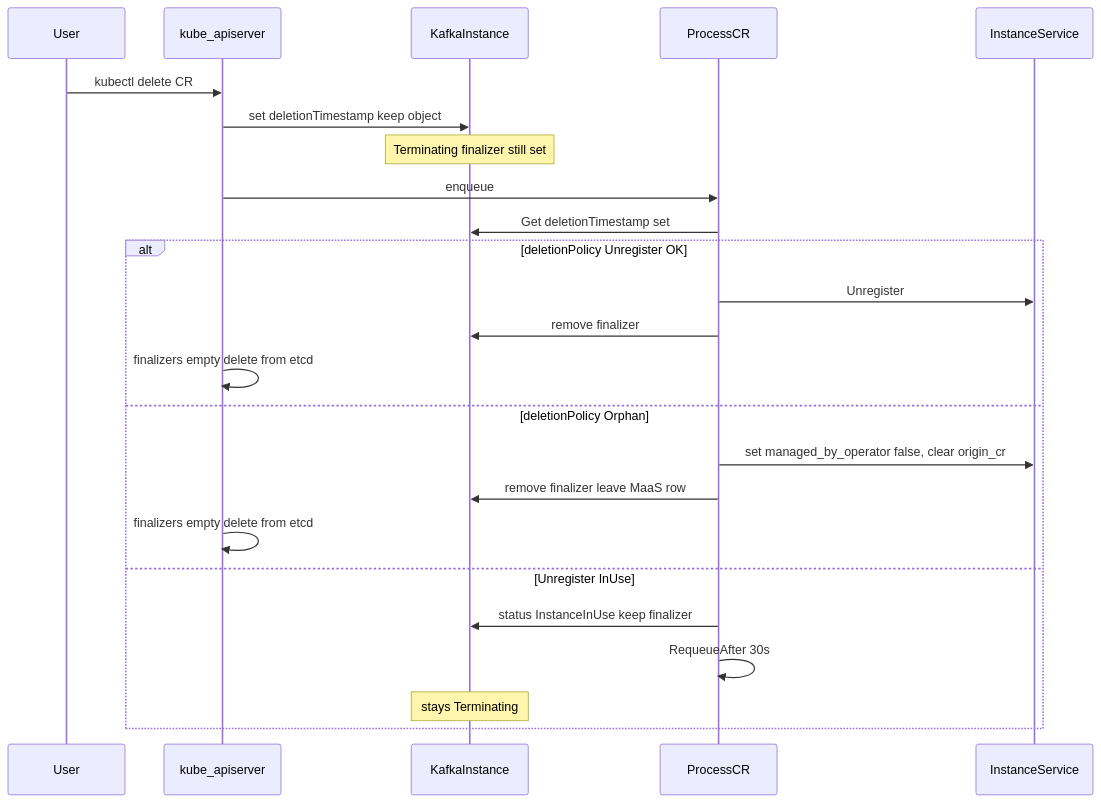
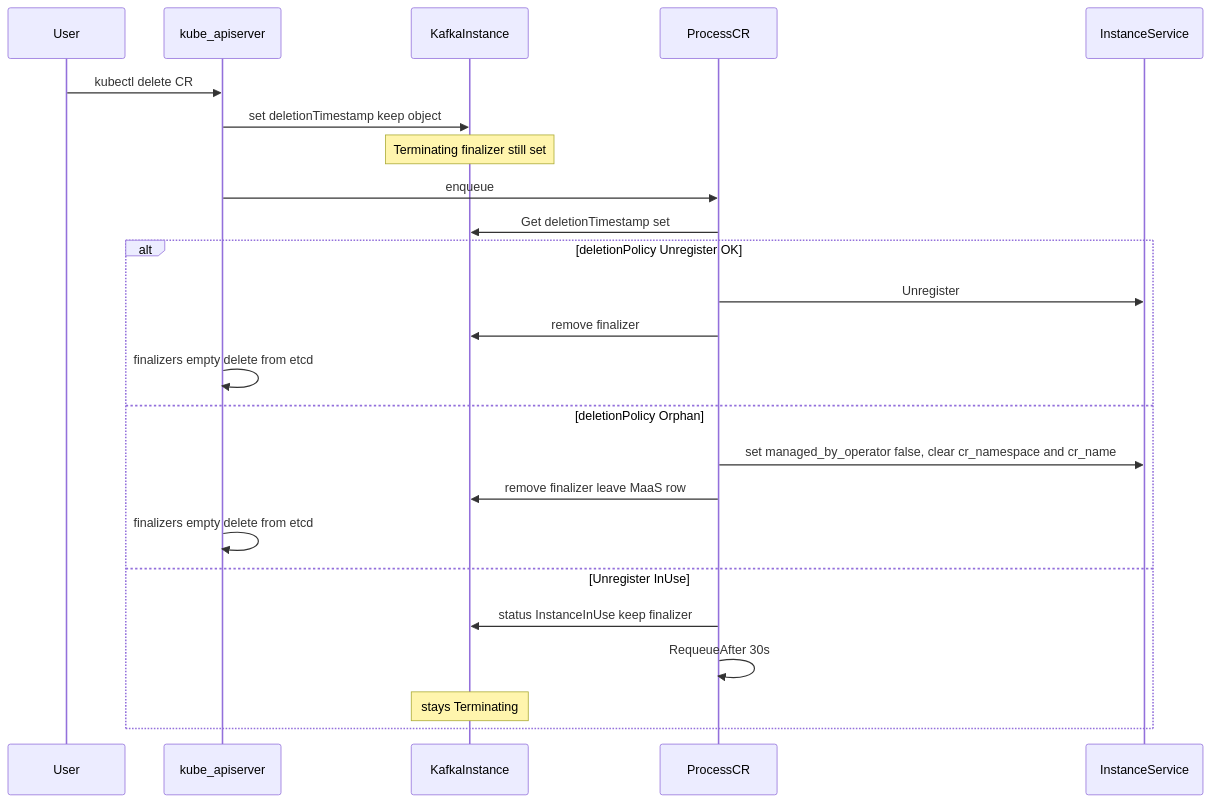
Diagram 12 of 14 in docs/operator_design.md (Netcracker/qubership-maas), drawn with Mermaid before and after one commit. The commit also changed other lines of this file and 21 other files, not shown here.

````diff
--- a/docs/operator_design.md
+++ b/docs/operator_design.md
@@ -1550,26 +1586,26 @@
 ```mermaid
 sequenceDiagram
   participant User
   participant API as kube_apiserver
   participant CR as KafkaInstance
   participant Pod as ProcessCR
   participant Svc as InstanceService
   User->>API: kubectl delete CR
   API->>CR: set deletionTimestamp keep object
   Note over CR: Terminating finalizer still set
   API->>Pod: enqueue
   Pod->>CR: Get deletionTimestamp set
   alt deletionPolicy Unregister OK
     Pod->>Svc: Unregister
     Pod->>CR: remove finalizer
     API->>API: finalizers empty delete from etcd
   else deletionPolicy Orphan
-    Pod->>Svc: set managed_by_operator false, clear origin_cr
+    Pod->>Svc: set managed_by_operator false, clear cr_namespace and cr_name
     Pod->>CR: remove finalizer leave MaaS row
     API->>API: finalizers empty delete from etcd
   else Unregister InUse
     Pod->>CR: status InstanceInUse keep finalizer
     Pod->>Pod: RequeueAfter 30s
     Note over CR: stays Terminating
   end
 ```
````
